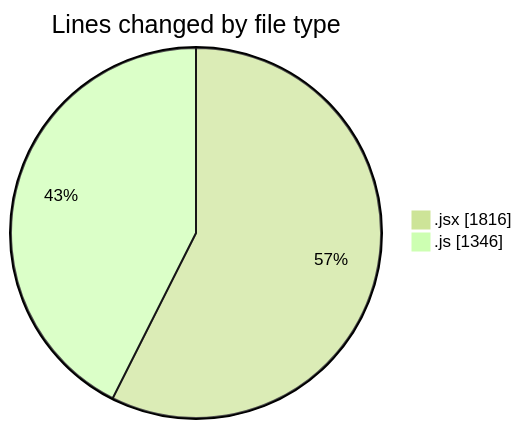
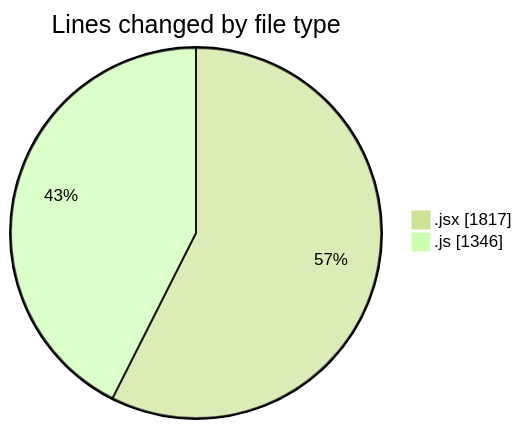
One commit to nxtqubesakshisongat/code-tracking changed the first of 2 diagrams in 2025-08-04/nxtqube_webapp/README.md. Above: the diagram before and after it, drawn with Mermaid (forest theme). The commit also changed other lines of this file and 1 other file, not shown here.

````diff
--- a/2025-08-04/nxtqube_webapp/README.md
+++ b/2025-08-04/nxtqube_webapp/README.md
@@ -27,6 +27,6 @@
 ```mermaid
 pie showData
 title Lines changed by file type
-".jsx" : 1816
+".jsx" : 1817
 ".js" : 1346
 ```
````
